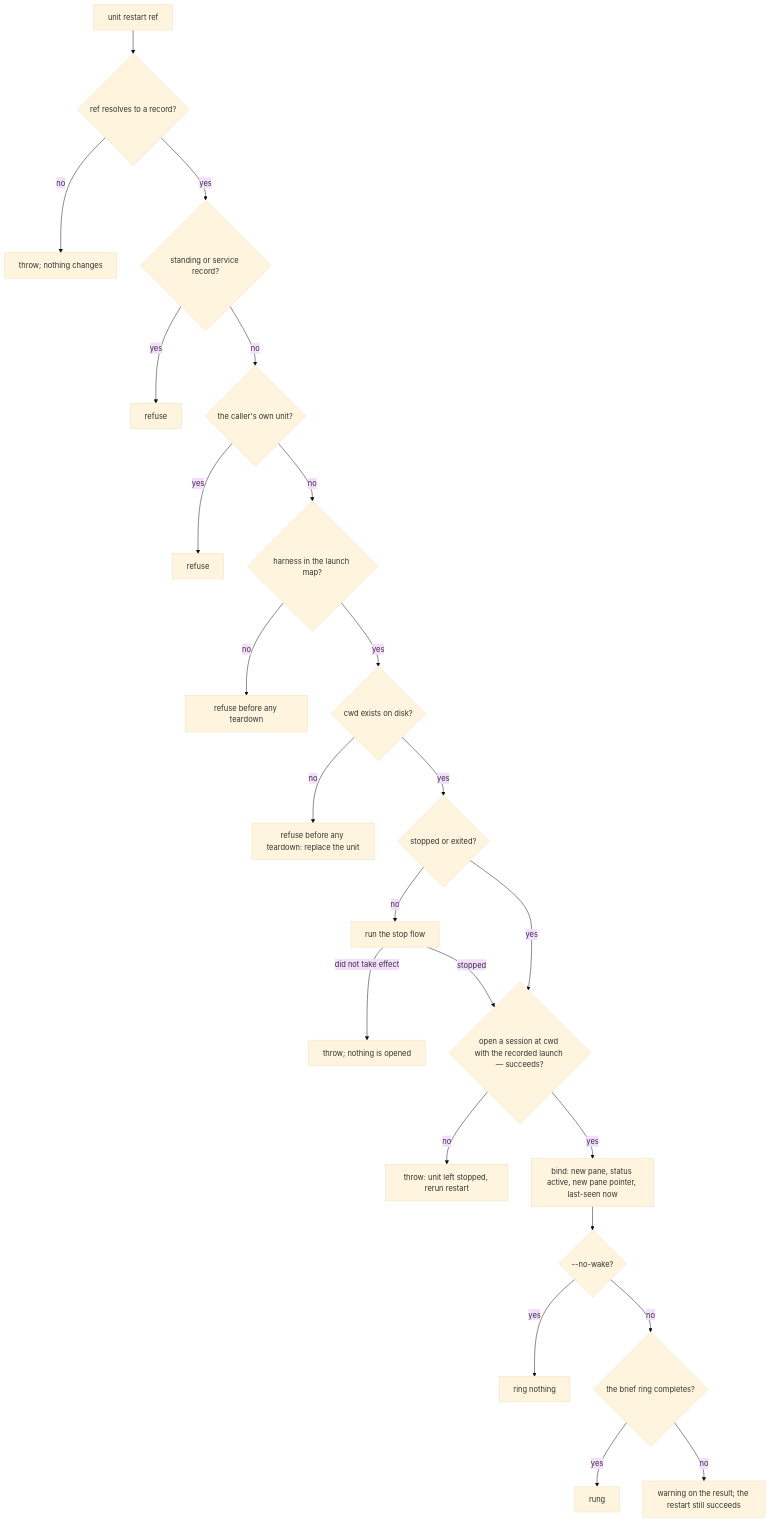
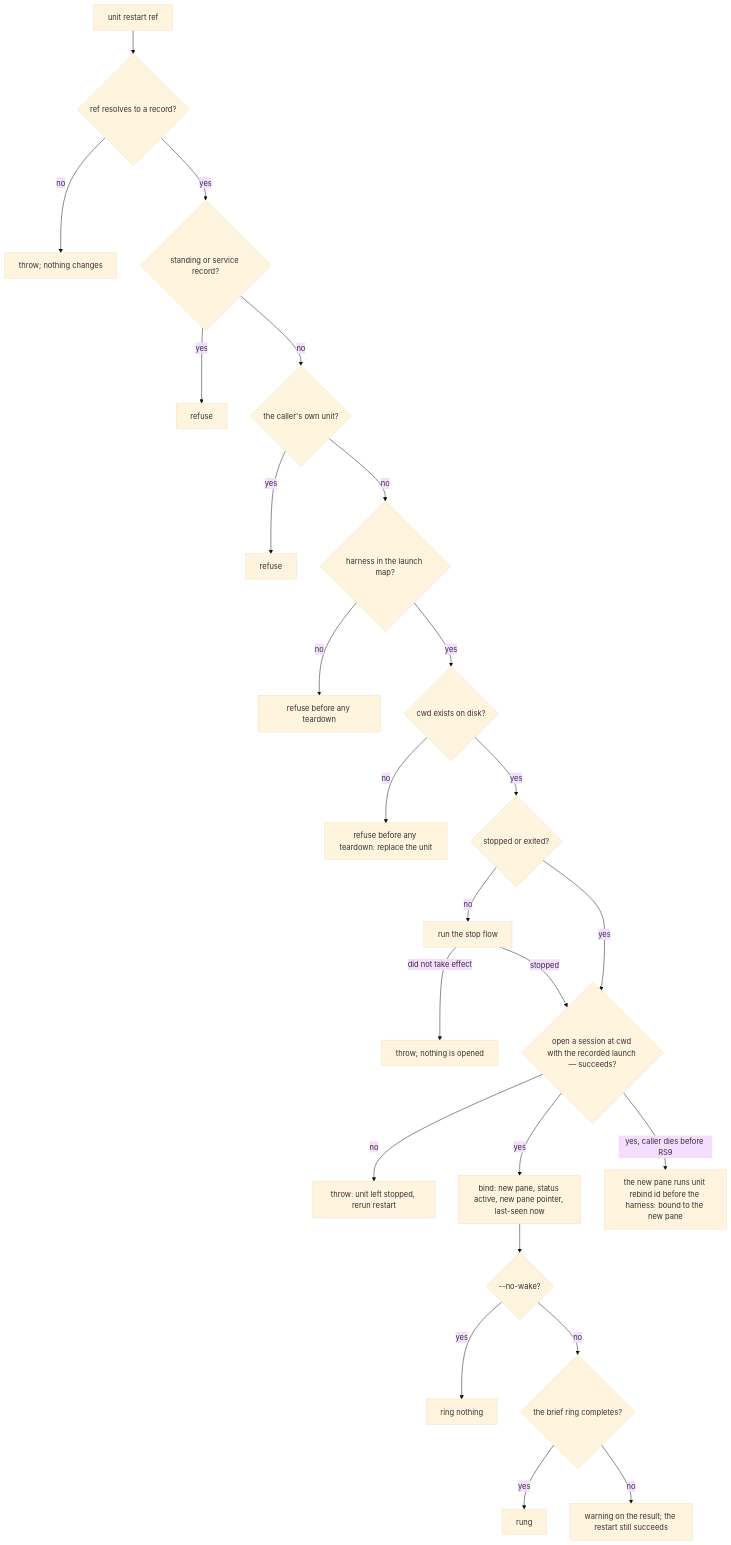
Before and after one commit to cyberuni/cyberlegion: the second of 4 diagrams in packages/cyberlegion/.agents/spec/unit/runtime/README.md, drawn with Mermaid (base theme). The commit also changed other lines of this file and 6 other files, not shown here.

````diff
--- a/packages/cyberlegion/.agents/spec/unit/runtime/README.md
+++ b/packages/cyberlegion/.agents/spec/unit/runtime/README.md
@@ -204,25 +209,26 @@
 ```mermaid
 graph TD
   RS0["unit restart ref"] --> RS1{"ref resolves to a record?"}
   RS1 -- no --> RS1X["throw; nothing changes"]
   RS1 -- yes --> RS2{"standing or service record?"}
   RS2 -- yes --> RS2X["refuse"]
   RS2 -- no --> RS3{"the caller's own unit?"}
   RS3 -- yes --> RS3X["refuse"]
   RS3 -- no --> RS4{"harness in the launch map?"}
   RS4 -- no --> RS4X["refuse before any teardown"]
   RS4 -- yes --> RS5{"cwd exists on disk?"}
   RS5 -- no --> RS5X["refuse before any teardown: replace the unit"]
   RS5 -- yes --> RS6{"stopped or exited?"}
   RS6 -- no --> RS7["run the stop flow"]
   RS7 -- "did not take effect" --> RS7X["throw; nothing is opened"]
   RS7 -- stopped --> RS8
   RS6 -- yes --> RS8{"open a session at cwd with the recorded launch — succeeds?"}
   RS8 -- no --> RS8X["throw: unit left stopped, rerun restart"]
   RS8 -- yes --> RS9["bind: new pane, status active, new pane pointer, last-seen now"]
+  RS8 -- "yes, caller dies before RS9" --> RS8B["the new pane runs unit rebind id before the harness: bound to the new pane"]
   RS9 --> RS10{"--no-wake?"}
   RS10 -- yes --> RS10Y["ring nothing"]
   RS10 -- no --> RS11{"the brief ring completes?"}
   RS11 -- yes --> RS11Y["rung"]
   RS11 -- no --> RS11N["warning on the result; the restart still succeeds"]
 ```
````
